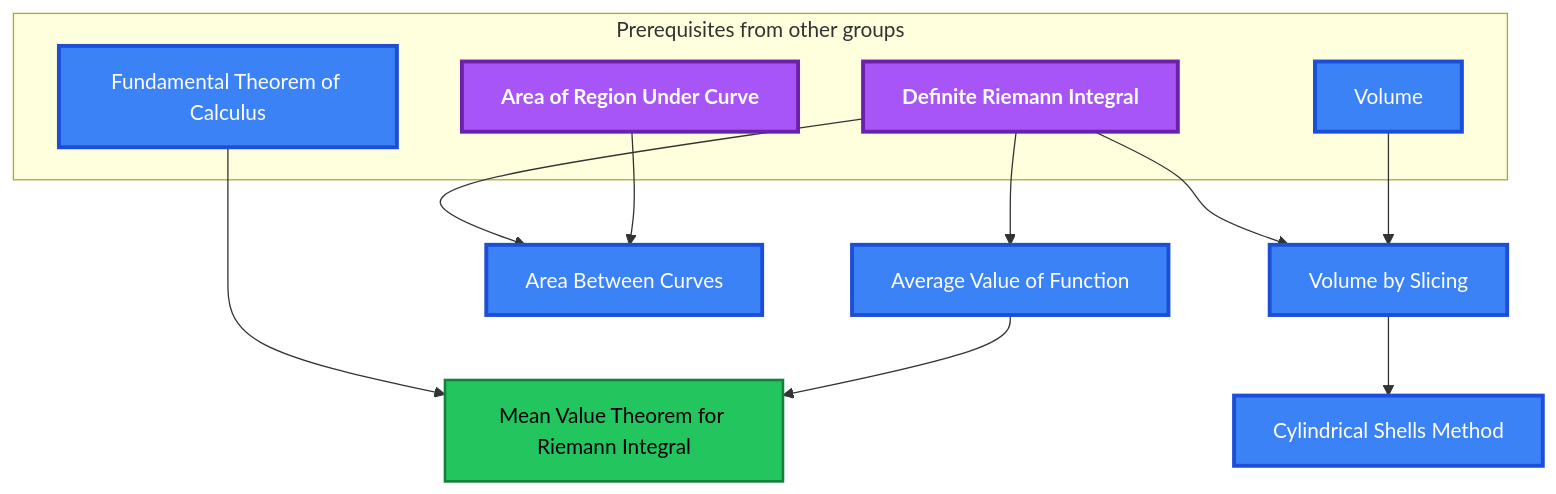
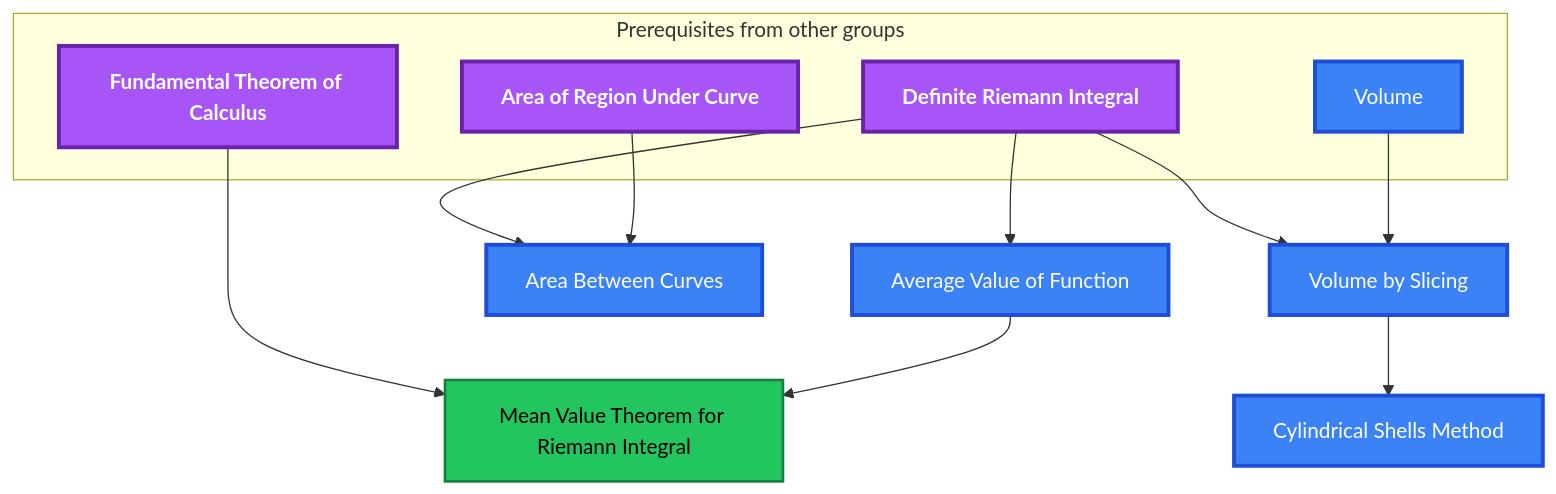
One commit to MRauf1/My-Notes changed the fifth of 13 diagrams in Gamification/Skill Trees/Calculus.md. Above: the diagram before and after it, drawn with Mermaid. The commit also changed other lines of this file and 73 other files, not shown here.

````diff
--- a/Gamification/Skill Trees/Calculus.md
+++ b/Gamification/Skill Trees/Calculus.md
@@ -562,35 +562,35 @@
 ```mermaid
 flowchart TD
     classDef planned fill:#1E293B,stroke:#64748B,stroke-width:2px,stroke-dasharray:5 5,color:#94A3B8;
     classDef locked fill:#334155,stroke:#475569,stroke-width:2px,color:#94A3B8;
     classDef L0 fill:#F1F5F9,stroke:#94A3B8,stroke-width:2px,color:#000000;
     classDef L1 fill:#22C55E,stroke:#15803D,stroke-width:2px,color:#000000;
     classDef L2 fill:#3B82F6,stroke:#1D4ED8,stroke-width:3px,color:#FFFFFF;
     classDef L3 fill:#A855F7,stroke:#6B21A8,stroke-width:3px,color:#FFFFFF,font-weight:bold;
     classDef L4 fill:#F97316,stroke:#C2410C,stroke-width:4px,color:#000000,font-weight:bold;
     classDef L5 fill:#FFD700,stroke:#FF8C00,stroke-width:5px,color:#000000,font-weight:bold;
     classDef rusty stroke:#8B4513,stroke-width:4px,stroke-dasharray:3 3;
     subgraph sg_prereqs["Prerequisites from other groups"]
         n_definite_riemann_integral["Definite Riemann Integral"]
         n_fundamental_theorem_of_calculus["Fundamental Theorem of Calculus"]
         n_area_of_region_under_curve["Area of Region Under Curve"]
         n_volume["Volume"]
     end
     n_average_value_of_function["Average Value of Function"]
     n_mean_value_theorem_for_riemann_integral["Mean Value Theorem for Riemann Integral"]
     n_area_between_curves["Area Between Curves"]
     n_volume_by_slicing["Volume by Slicing"]
     n_cylindrical_shells_method["Cylindrical Shells Method"]
     n_definite_riemann_integral --> n_average_value_of_function
     n_fundamental_theorem_of_calculus --> n_mean_value_theorem_for_riemann_integral
     n_average_value_of_function --> n_mean_value_theorem_for_riemann_integral
     n_definite_riemann_integral --> n_area_between_curves
     n_area_of_region_under_curve --> n_area_between_curves
     n_definite_riemann_integral --> n_volume_by_slicing
     n_volume --> n_volume_by_slicing
     n_volume_by_slicing --> n_cylindrical_shells_method
     class n_mean_value_theorem_for_riemann_integral L1;
-    class n_fundamental_theorem_of_calculus,n_volume,n_average_value_of_function,n_area_between_curves,n_volume_by_slicing,n_cylindrical_shells_method L2;
-    class n_definite_riemann_integral,n_area_of_region_under_curve L3;
+    class n_volume,n_average_value_of_function,n_area_between_curves,n_volume_by_slicing,n_cylindrical_shells_method L2;
+    class n_definite_riemann_integral,n_fundamental_theorem_of_calculus,n_area_of_region_under_curve L3;
     class n_definite_riemann_integral,n_fundamental_theorem_of_calculus,n_area_of_region_under_curve,n_volume,n_average_value_of_function,n_mean_value_theorem_for_riemann_integral,n_area_between_curves,n_volume_by_slicing,n_cylindrical_shells_method internal-link;
 ```
````
